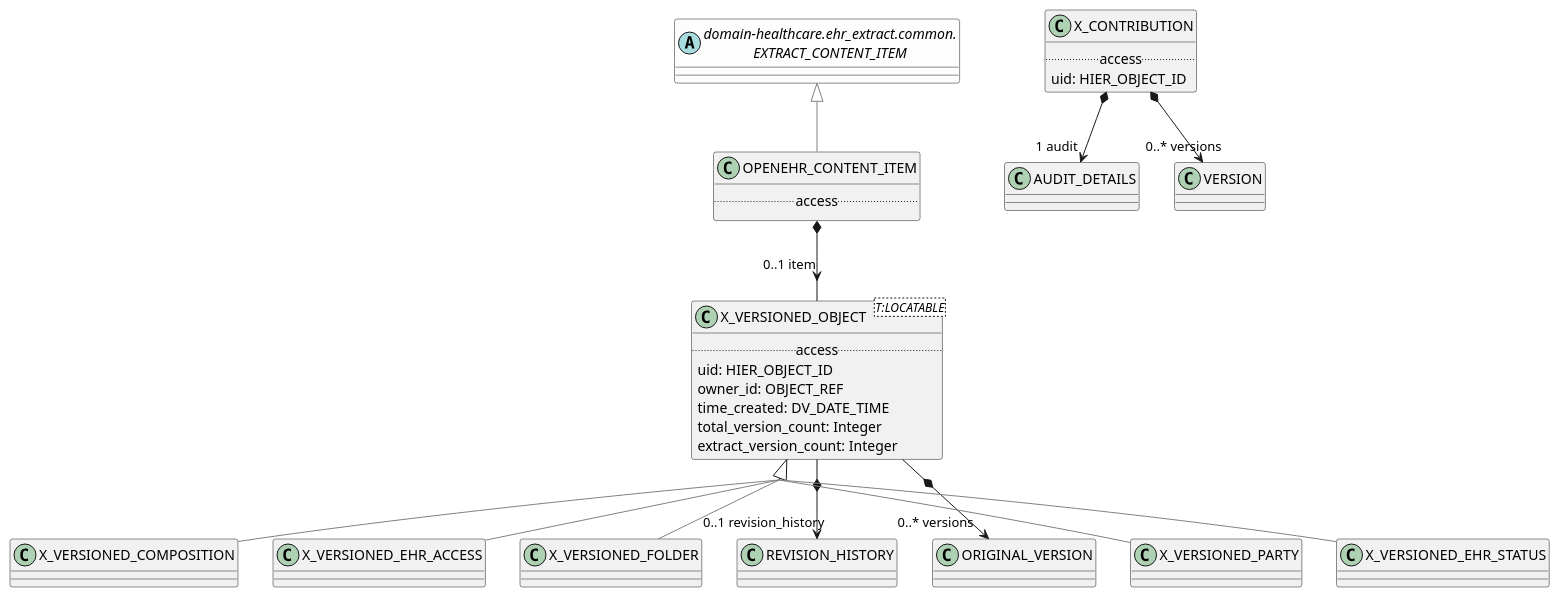
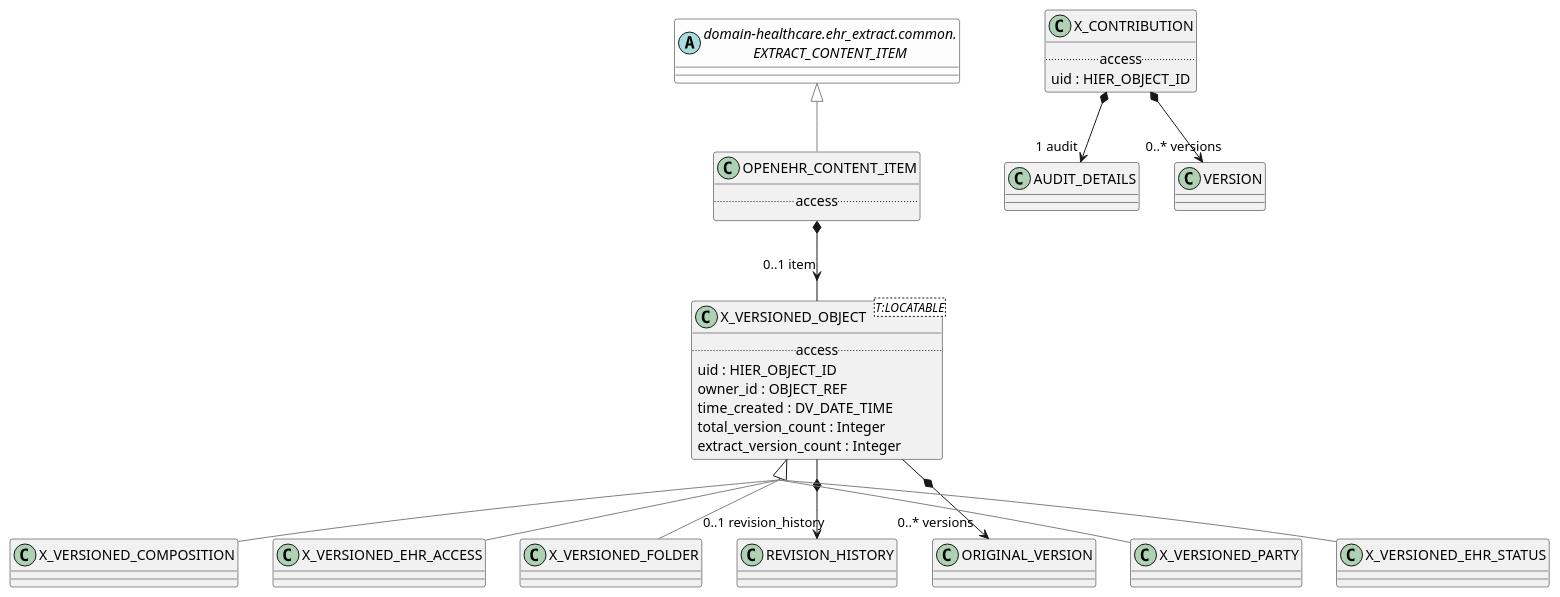
One commit to wolandscat/openehr-doc changed the diagram in modules/ROOT/examples/bmm/domain-healthcare/ehr_extract/openehr_extract/openehr_extract-package-uml.adoc. Above: the diagram before and after it, drawn with PlantUML. The commit also changed 1814 other files, not shown here.

```diff
--- a/modules/ROOT/examples/bmm/domain-healthcare/ehr_extract/openehr_extract/openehr_extract-package-uml.adoc
+++ b/modules/ROOT/examples/bmm/domain-healthcare/ehr_extract/openehr_extract/openehr_extract-package-uml.adoc
@@ -3,72 +3,70 @@
 [plantuml,opts=interactive,link=self]
 ....
 skinparam groupInheritance 2
 skinparam citedClassColor #FDFDFD
 
 
 class OPENEHR_CONTENT_ITEM [[/openehr-doc/latest/domain-healthcare/ehr_extract-gen.html#_class_openehr_content_item]] {
         .. access ..
 }
 
 OPENEHR_CONTENT_ITEM -[#gray]up-|> EXTRACT_CONTENT_ITEM  
 
 
 OPENEHR_CONTENT_ITEM *--> "0..1 item" X_VERSIONED_OBJECT
 
 class X_VERSIONED_COMPOSITION [[/openehr-doc/latest/domain-healthcare/ehr_extract-gen.html#_class_x_versioned_composition]] {
 }
 
 X_VERSIONED_COMPOSITION -[#gray]up-|> X_VERSIONED_OBJECT  
 
 
 class X_VERSIONED_EHR_ACCESS [[/openehr-doc/latest/domain-healthcare/ehr_extract-gen.html#_class_x_versioned_ehr_access]] {
 }
 
 X_VERSIONED_EHR_ACCESS -[#gray]up-|> X_VERSIONED_OBJECT  
 
 
 class X_VERSIONED_FOLDER [[/openehr-doc/latest/domain-healthcare/ehr_extract-gen.html#_class_x_versioned_folder]] {
 }
 
 X_VERSIONED_FOLDER -[#gray]up-|> X_VERSIONED_OBJECT  
 
 
 class X_VERSIONED_OBJECT<T:LOCATABLE> [[/openehr-doc/latest/domain-healthcare/ehr_extract-gen.html#_class_x_versioned_object]] {
         .. access ..
-        uid: HIER_OBJECT_ID
-        owner_id: OBJECT_REF
-        time_created: DV_DATE_TIME
-        total_version_count: Integer
-        extract_version_count: Integer
+        uid : HIER_OBJECT_ID
+        owner_id : OBJECT_REF
+        time_created : DV_DATE_TIME
+        total_version_count : Integer
+        extract_version_count : Integer
 }
-
 
 X_VERSIONED_OBJECT *--> "0..1 revision_history" REVISION_HISTORY
 
 X_VERSIONED_OBJECT *--> "0..* versions" ORIGINAL_VERSION
 
 class X_VERSIONED_PARTY [[/openehr-doc/latest/domain-healthcare/ehr_extract-gen.html#_class_x_versioned_party]] {
 }
 
 X_VERSIONED_PARTY -[#gray]up-|> X_VERSIONED_OBJECT  
 
 
 class X_CONTRIBUTION [[/openehr-doc/latest/domain-healthcare/ehr_extract-gen.html#_class_x_contribution]] {
         .. access ..
-        uid: HIER_OBJECT_ID
+        uid : HIER_OBJECT_ID
 }
-
 
 X_CONTRIBUTION *--> "1 audit" AUDIT_DETAILS
 
 X_CONTRIBUTION *--> "0..* versions" VERSION
 
 class X_VERSIONED_EHR_STATUS [[/openehr-doc/latest/domain-healthcare/ehr_extract-gen.html#_class_x_versioned_ehr_status]] {
 }
 
 X_VERSIONED_EHR_STATUS -[#gray]up-|> X_VERSIONED_OBJECT  
 
 abstract class "domain-healthcare.ehr_extract.common.\nEXTRACT_CONTENT_ITEM" as EXTRACT_CONTENT_ITEM  [[/openehr-doc/latest/domain-healthcare/ehr_extract-gen.html#_class_extract_content_item]] #FDFDFD {
 }
 
 ....
```
